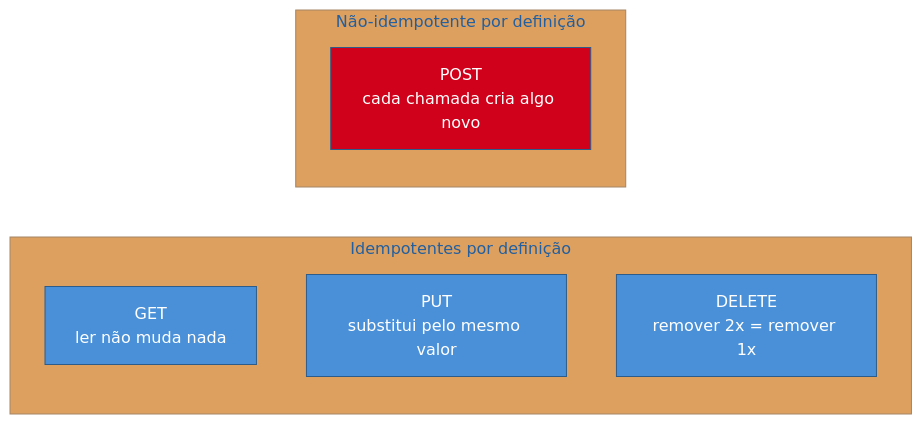
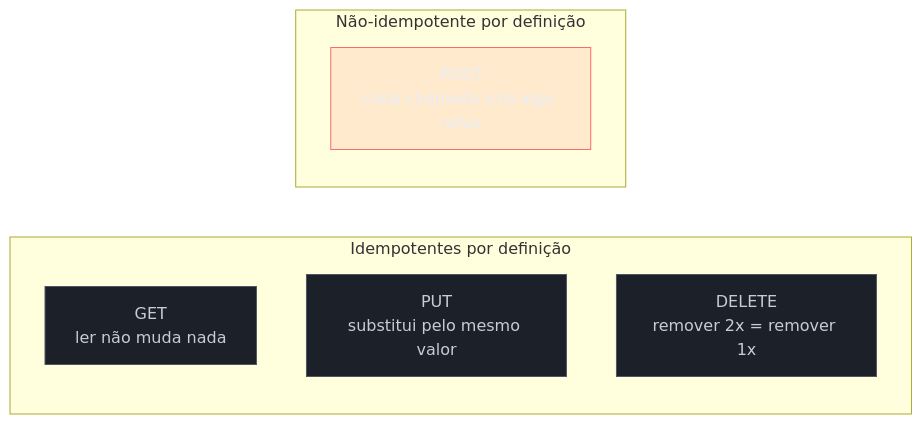
The first of 3 diagrams in 03-Dominios/Engenharia/Comunicação entre Sistemas/3 - Confiabilidade do contrato/01 - Idempotência.md (josenaldo/codex-technomanticus), drawn with Mermaid before and after one commit. The commit also changed other lines of this file and 1181 other files, not shown here.

First line of the commit message:
fix(diagramas): paleta do sistema no lugar de cor cravada no markdown

````diff
--- a/03-Dominios/Engenharia/Comunicação entre Sistemas/3 - Confiabilidade do contrato/01 - Idempotência.md
+++ b/03-Dominios/Engenharia/Comunicação entre Sistemas/3 - Confiabilidade do contrato/01 - Idempotência.md
@@ -37,18 +37,19 @@
 ```mermaid
-%%{init: {"theme": "base", "themeVariables": {"primaryColor": "#4A90D9", "primaryBorderColor": "#2E5C8A", "lineColor": "#4A90D9"}}}%%
 graph LR
+    classDef neutro fill:#1B2029,stroke:#4E5666,color:#C6CCD8
+    classDef falha fill:#FF6B6B24,stroke:#FF6B6B,color:#E9ECF2
     subgraph Idempotentes["Idempotentes por definição"]
         GET["GET<br/>ler não muda nada"]
         PUT["PUT<br/>substitui pelo mesmo valor"]
         DELETE["DELETE<br/>remover 2x = remover 1x"]
     end
 
     subgraph NaoIdempotente["Não-idempotente por definição"]
         POST["POST<br/>cada chamada cria algo novo"]
     end
 
-    style GET fill:#4A90D9,color:#fff
-    style PUT fill:#4A90D9,color:#fff
-    style DELETE fill:#4A90D9,color:#fff
-    style POST fill:#D0021B,color:#fff
+    class GET neutro
+    class PUT neutro
+    class DELETE neutro
+    class POST falha
 ```
````
